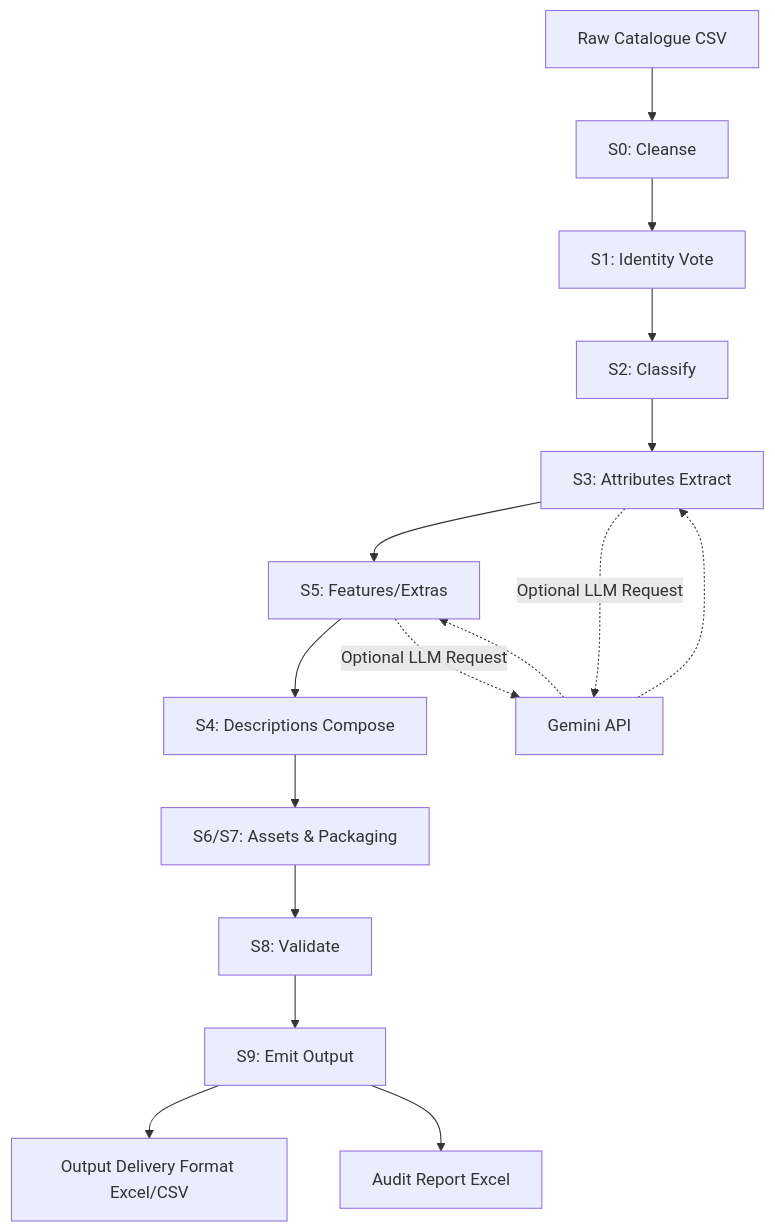
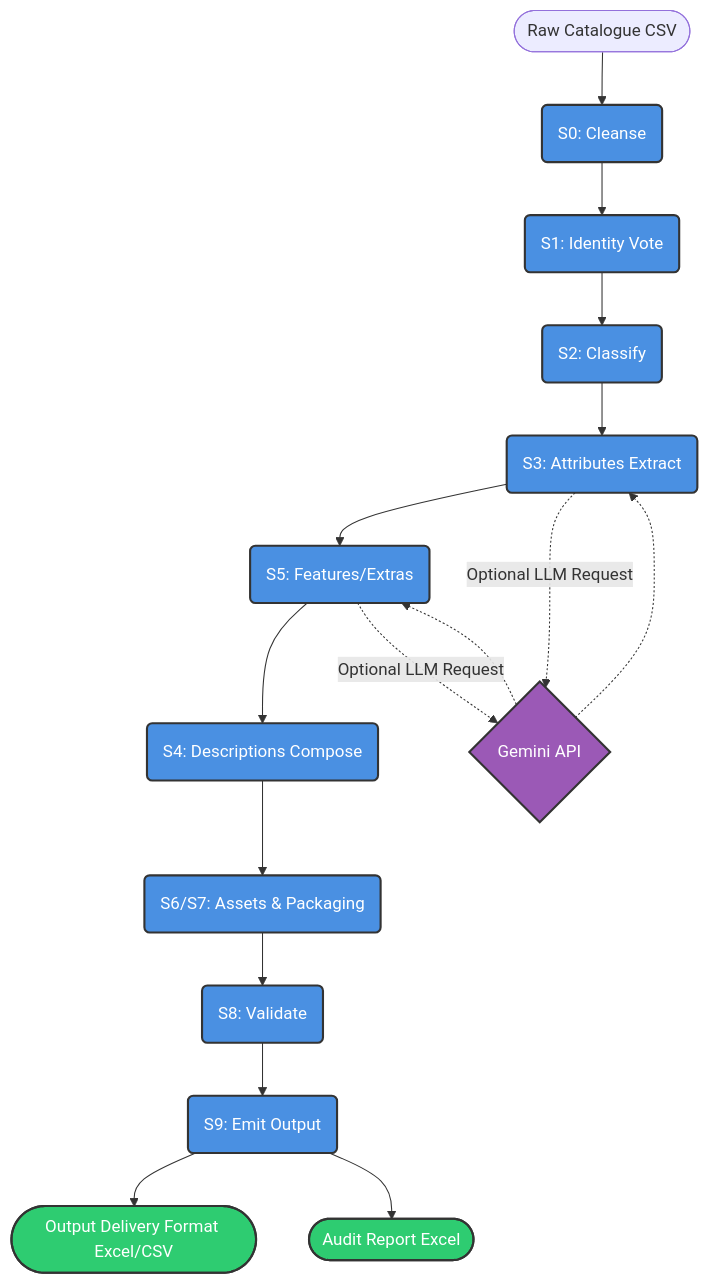
One commit to ISHANK1313/part-forge changed the first of 2 diagrams in README.md. Above: the diagram before and after it, drawn with Mermaid. The commit also changed other lines of this file, not shown here.

````diff
--- a/README.md
+++ b/README.md
@@ -41,20 +87,25 @@
 ```mermaid
 graph TD
-    A[Raw Catalogue CSV] --> B[S0: Cleanse]
-    B --> C[S1: Identity Vote]
-    C --> D[S2: Classify]
-    D --> E[S3: Attributes Extract]
-    E --> F[S5: Features/Extras]
-    F --> G[S4: Descriptions Compose]
-    G --> H[S6/S7: Assets & Packaging]
-    H --> I[S8: Validate]
-    I --> J[S9: Emit Output]
+    classDef primary fill:#4a90e2,stroke:#333,stroke-width:2px,color:#fff;
+    classDef secondary fill:#f39c12,stroke:#333,stroke-width:2px,color:#fff;
+    classDef endpoint fill:#2ecc71,stroke:#333,stroke-width:2px,color:#fff;
+    classDef llm fill:#9b59b6,stroke:#333,stroke-width:2px,color:#fff;
 
-    J --> K[Output Delivery Format Excel/CSV]
-    J --> L[Audit Report Excel]
+    A([Raw Catalogue CSV]) --> B(S0: Cleanse):::primary
+    B --> C(S1: Identity Vote):::primary
+    C --> D(S2: Classify):::primary
+    D --> E(S3: Attributes Extract):::primary
+    E --> F(S5: Features/Extras):::primary
+    F --> G(S4: Descriptions Compose):::primary
+    G --> H(S6/S7: Assets & Packaging):::primary
+    H --> I(S8: Validate):::primary
+    I --> J(S9: Emit Output):::primary
 
-    E -.-> |Optional LLM Request| M[Gemini API]
+    J --> K([Output Delivery Format Excel/CSV]):::endpoint
+    J --> L([Audit Report Excel]):::endpoint
+
+    E -.-> |Optional LLM Request| M{Gemini API}:::llm
     F -.-> |Optional LLM Request| M
     M -.-> E
     M -.-> F
 ```
````
